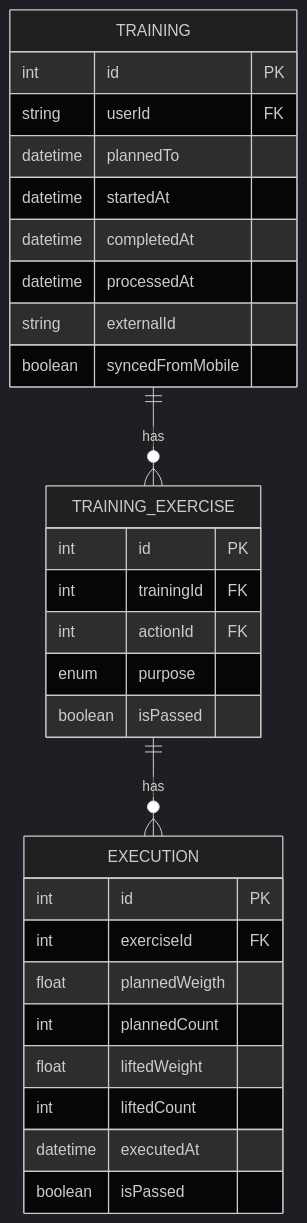
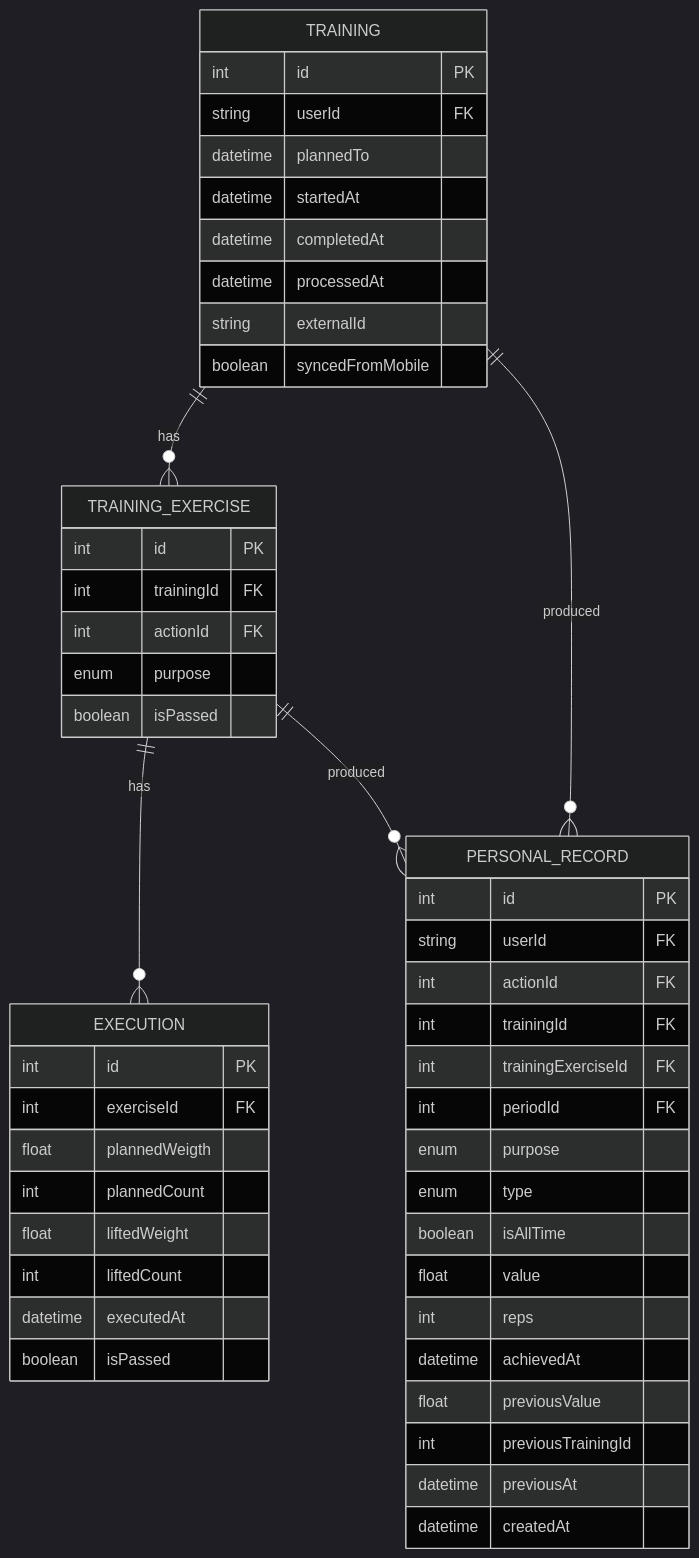
Before and after one commit to Dezzpil/meingym: the ninth of 10 diagrams in .qoder/repowiki/en/content/Architecture Overview/Mobile API System.md, drawn with Mermaid (dark theme). The commit also changed other lines of this file and 12 other files, not shown here.

````diff
--- a/.qoder/repowiki/en/content/Architecture Overview/Mobile API System.md
+++ b/.qoder/repowiki/en/content/Architecture Overview/Mobile API System.md
@@ -266,32 +443,52 @@
 ```mermaid
 erDiagram
 TRAINING {
 int id PK
 string userId FK
 datetime plannedTo
 datetime startedAt
 datetime completedAt
 datetime processedAt
 string externalId
 boolean syncedFromMobile
 }
 TRAINING_EXERCISE {
 int id PK
 int trainingId FK
 int actionId FK
 enum purpose
 boolean isPassed
 }
 EXECUTION {
 int id PK
 int exerciseId FK
 float plannedWeigth
 int plannedCount
 float liftedWeight
 int liftedCount
 datetime executedAt
 boolean isPassed
 }
+PERSONAL_RECORD {
+int id PK
+string userId FK
+int actionId FK
+int trainingId FK
+int trainingExerciseId FK
+int periodId FK
+enum purpose
+enum type
+boolean isAllTime
+float value
+int reps
+datetime achievedAt
+float previousValue
+int previousTrainingId
+datetime previousAt
+datetime createdAt
+}
 TRAINING ||--o{ TRAINING_EXERCISE : "has"
 TRAINING_EXERCISE ||--o{ EXECUTION : "has"
+TRAINING ||--o{ PERSONAL_RECORD : "produced"
+TRAINING_EXERCISE ||--o{ PERSONAL_RECORD : "produced"
 ```
````
